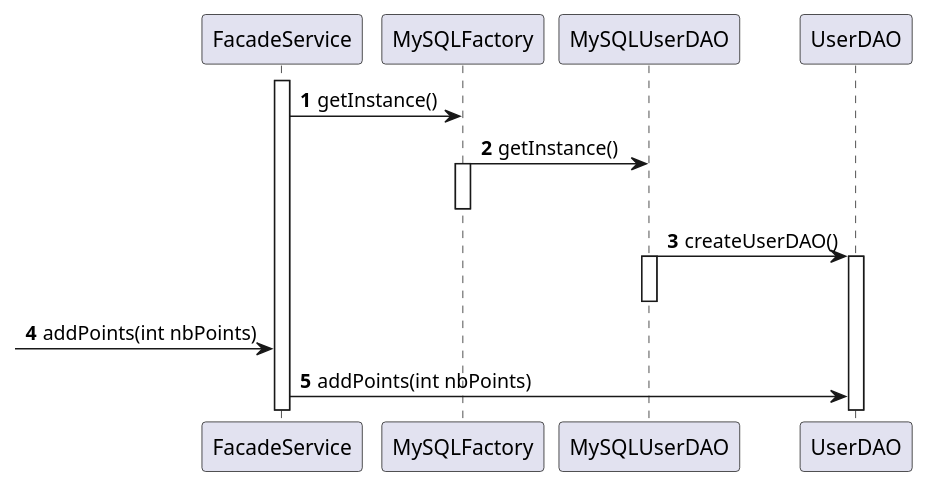
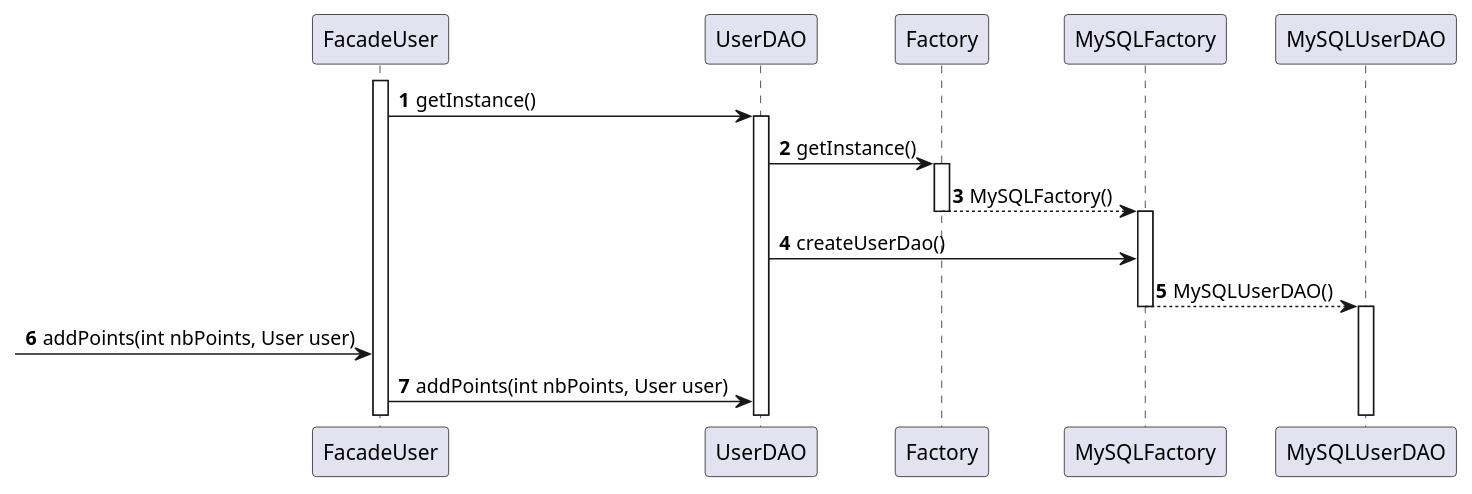
Before and after one commit to guiguie34/StudEasy: the diagram in project_diagrams/sequenceDiagrams/pointManagement.puml, drawn with PlantUML. The commit also changed 2 other files, not shown here.

Commit message:
V3 partnerManagement.puml, pointManagement.puml, serviceManagement.puml

```diff
--- a/project_diagrams/sequenceDiagrams/pointManagement.puml
+++ b/project_diagrams/sequenceDiagrams/pointManagement.puml
@@ -1,16 +1,27 @@
 @startuml
 autonumber
 
 
-activate FacadeService
-FacadeService -> MySQLFactory : getInstance()
-MySQLFactory -> MySQLUserDAO : getInstance()
+
+
+activate FacadeUser
+FacadeUser -> UserDAO : getInstance()
+activate UserDAO
+UserDAO -> Factory : getInstance()
+
+activate Factory
+Factory --> MySQLFactory : MySQLFactory()
+deactivate Factory
 activate MySQLFactory
+UserDAO -> MySQLFactory : createUserDao()
+
+MySQLFactory --> MySQLUserDAO : MySQLUserDAO()
 deactivate MySQLFactory
-MySQLUserDAO -> UserDAO : createUserDAO()
 activate MySQLUserDAO
 deactivate MySQLUserDAO
-activate UserDAO
- -> FacadeService : addPoints(int nbPoints)
-FacadeService -> UserDAO : addPoints(int nbPoints)
+
+
+
+ -> FacadeUser : addPoints(int nbPoints, User user)
+FacadeUser -> UserDAO : addPoints(int nbPoints, User user)
 @enduml
```
